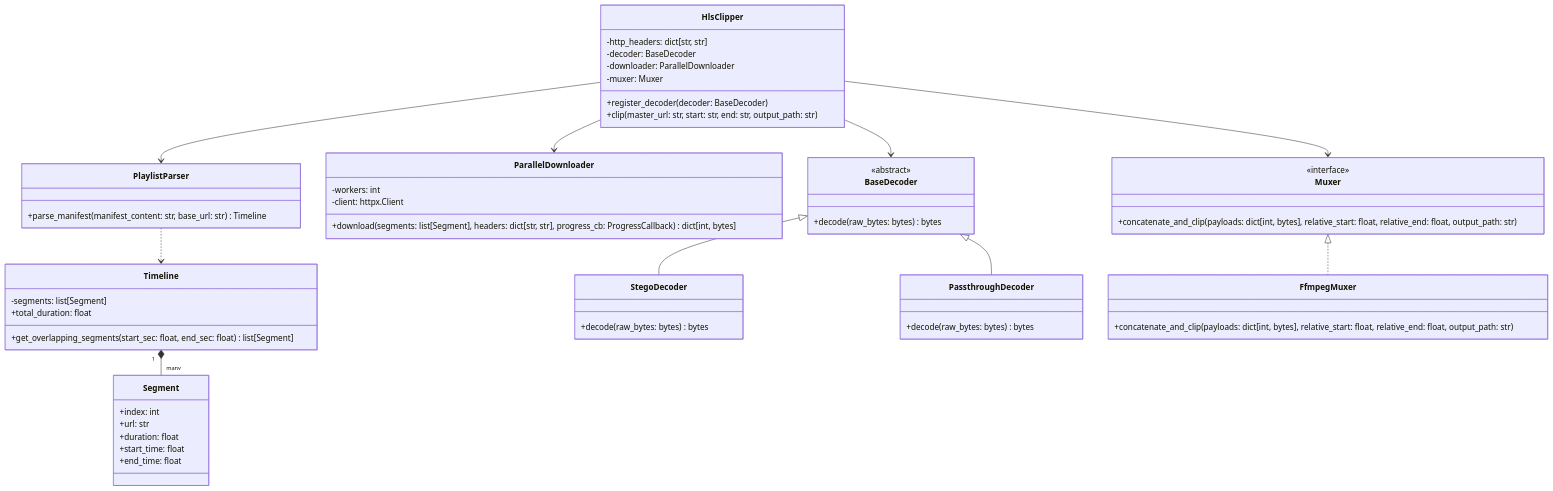
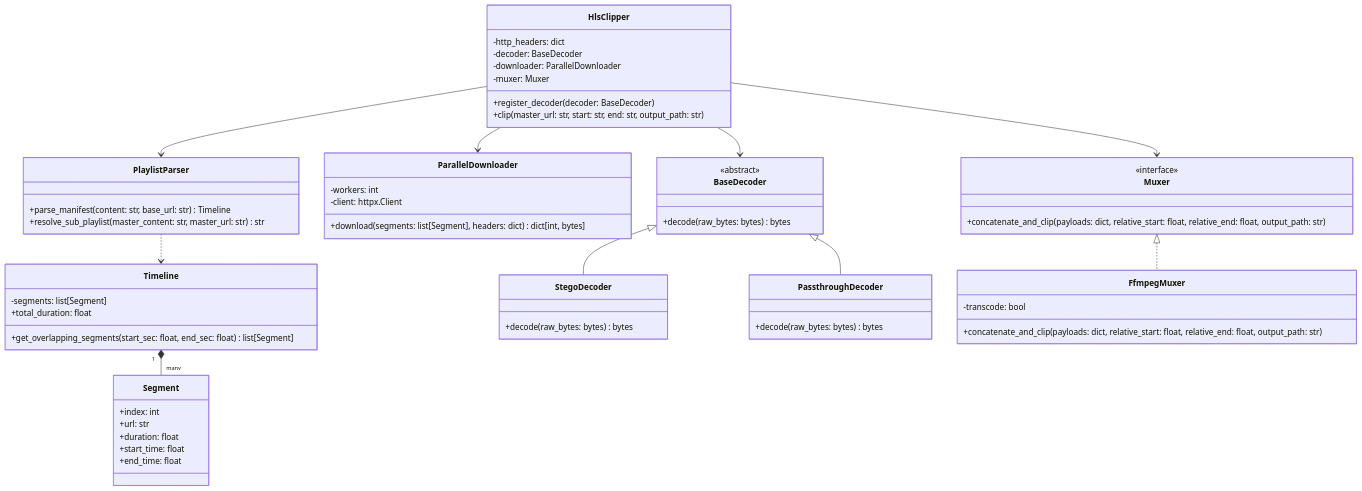
Before and after one commit to dev-ansung/stego-hls: the first of 2 diagrams in TECHNICAL.md, drawn with Mermaid. The commit also changed other lines of this file, not shown here.

````diff
--- a/TECHNICAL.md
+++ b/TECHNICAL.md
@@ -9,67 +11,69 @@
 ```mermaid
 classDiagram
     class HlsClipper {
-        -http_headers: dict[str, str]
+        -http_headers: dict
         -decoder: BaseDecoder
         -downloader: ParallelDownloader
         -muxer: Muxer
         +register_decoder(decoder: BaseDecoder)
         +clip(master_url: str, start: str, end: str, output_path: str)
     }
 
     class PlaylistParser {
-        +parse_manifest(manifest_content: str, base_url: str) Timeline
+        +parse_manifest(content: str, base_url: str) Timeline
+        +resolve_sub_playlist(master_content: str, master_url: str) str
     }
 
     class Timeline {
         -segments: list[Segment]
         +total_duration: float
         +get_overlapping_segments(start_sec: float, end_sec: float) list[Segment]
     }
 
     class Segment {
         +index: int
         +url: str
         +duration: float
         +start_time: float
         +end_time: float
     }
 
     class ParallelDownloader {
         -workers: int
         -client: httpx.Client
-        +download(segments: list[Segment], headers: dict[str, str], progress_cb: ProgressCallback) dict[int, bytes]
+        +download(segments: list[Segment], headers: dict) dict[int, bytes]
     }
 
     class BaseDecoder {
         <<abstract>>
         +decode(raw_bytes: bytes) bytes
     }
 
     class StegoDecoder {
         +decode(raw_bytes: bytes) bytes
     }
 
     class PassthroughDecoder {
         +decode(raw_bytes: bytes) bytes
     }
 
     class Muxer {
         <<interface>>
-        +concatenate_and_clip(payloads: dict[int, bytes], relative_start: float, relative_end: float, output_path: str)
+        +concatenate_and_clip(payloads: dict, relative_start: float, relative_end: float, output_path: str)
     }
 
     class FfmpegMuxer {
-        +concatenate_and_clip(payloads: dict[int, bytes], relative_start: float, relative_end: float, output_path: str)
+        -transcode: bool
+        +concatenate_and_clip(payloads: dict, relative_start: float, relative_end: float, output_path: str)
     }
 
     HlsClipper --> PlaylistParser
     HlsClipper --> ParallelDownloader
     HlsClipper --> BaseDecoder
     HlsClipper --> Muxer
     PlaylistParser ..> Timeline
     Timeline "1" *-- "many" Segment
     BaseDecoder <|-- StegoDecoder
     BaseDecoder <|-- PassthroughDecoder
     Muxer <|.. FfmpegMuxer
 ```
````
